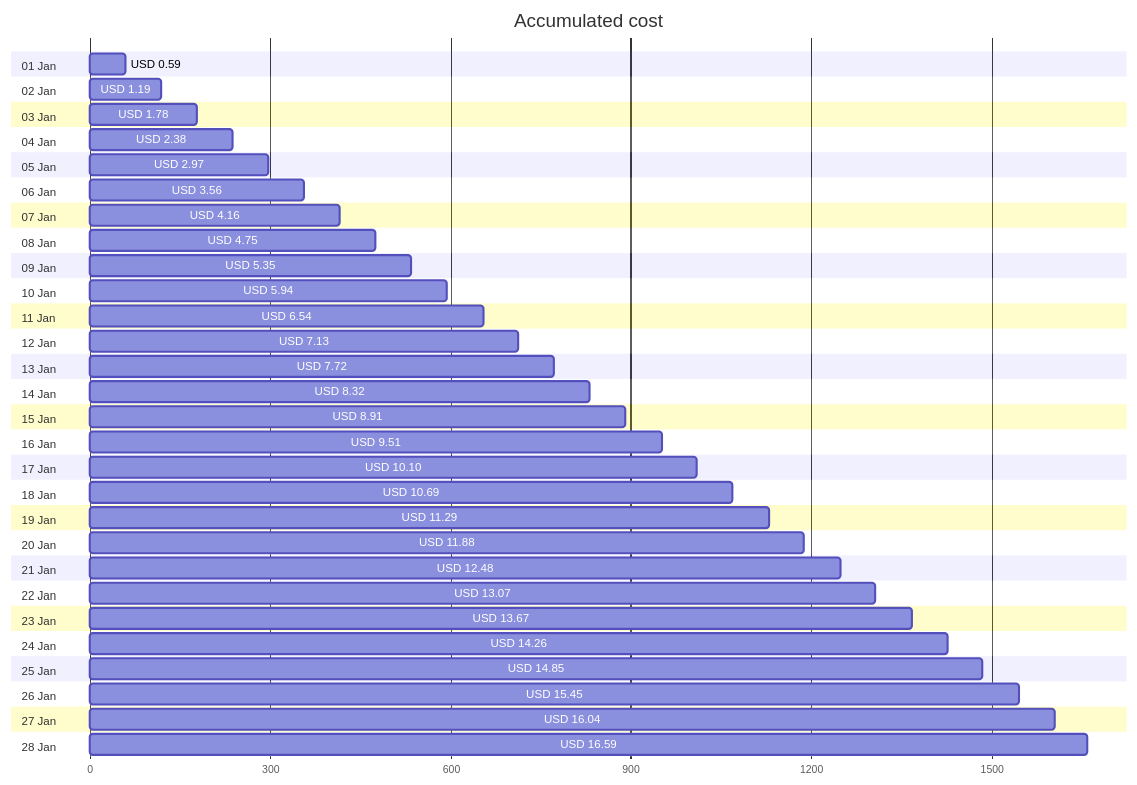
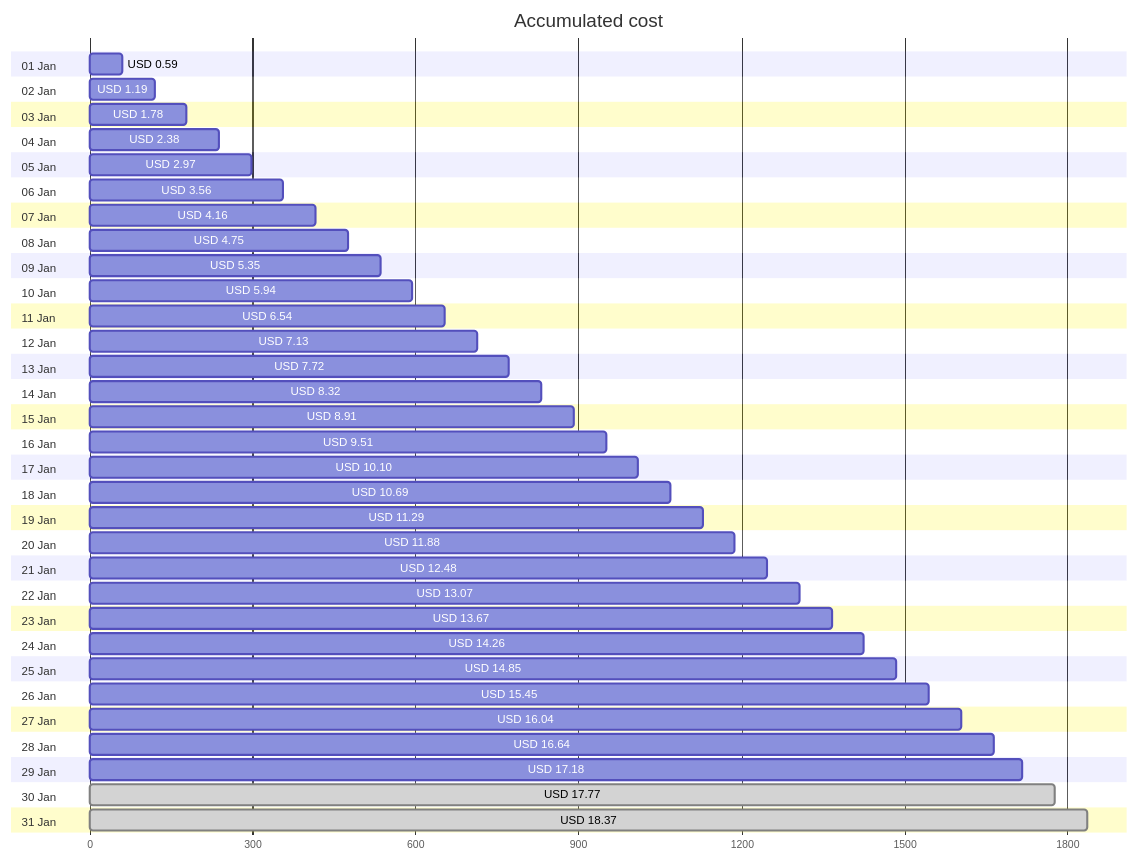
One commit to jpfulton/azure-personal-reports changed the first of 4 diagrams in cost-reports/personal-site/README.md. Above: the diagram before and after it, drawn with Mermaid. The commit also changed other lines of this file and 6 other files, not shown here.

````diff
--- a/cost-reports/personal-site/README.md
+++ b/cost-reports/personal-site/README.md
@@ -20,62 +20,68 @@
 ```mermaid
 gantt
    title Accumulated cost
    dateFormat  X
    axisFormat %s
    section 01 Jan
    USD 0.59 :0, 59
    section 02 Jan
    USD 1.19 :0, 119
    section 03 Jan
    USD 1.78 :0, 178
    section 04 Jan
    USD 2.38 :0, 238
    section 05 Jan
    USD 2.97 :0, 297
    section 06 Jan
    USD 3.56 :0, 356
    section 07 Jan
    USD 4.16 :0, 416
    section 08 Jan
    USD 4.75 :0, 475
    section 09 Jan
    USD 5.35 :0, 535
    section 10 Jan
    USD 5.94 :0, 594
    section 11 Jan
    USD 6.54 :0, 654
    section 12 Jan
    USD 7.13 :0, 713
    section 13 Jan
    USD 7.72 :0, 772
    section 14 Jan
    USD 8.32 :0, 832
    section 15 Jan
    USD 8.91 :0, 891
    section 16 Jan
    USD 9.51 :0, 951
    section 17 Jan
    USD 10.10 :0, 1010
    section 18 Jan
    USD 10.69 :0, 1069
    section 19 Jan
    USD 11.29 :0, 1129
    section 20 Jan
    USD 11.88 :0, 1188
    section 21 Jan
    USD 12.48 :0, 1248
    section 22 Jan
    USD 13.07 :0, 1307
    section 23 Jan
    USD 13.67 :0, 1367
    section 24 Jan
    USD 14.26 :0, 1426
    section 25 Jan
    USD 14.85 :0, 1485
    section 26 Jan
    USD 15.45 :0, 1545
    section 27 Jan
    USD 16.04 :0, 1604
    section 28 Jan
-   USD 16.59 :0, 1659
+   USD 16.64 :0, 1664
+   section 29 Jan
+   USD 17.18 :0, 1718
+   section 30 Jan
+   USD 17.77 : done, 0, 1777
+   section 31 Jan
+   USD 18.37 : done, 0, 1837
 ```
````
